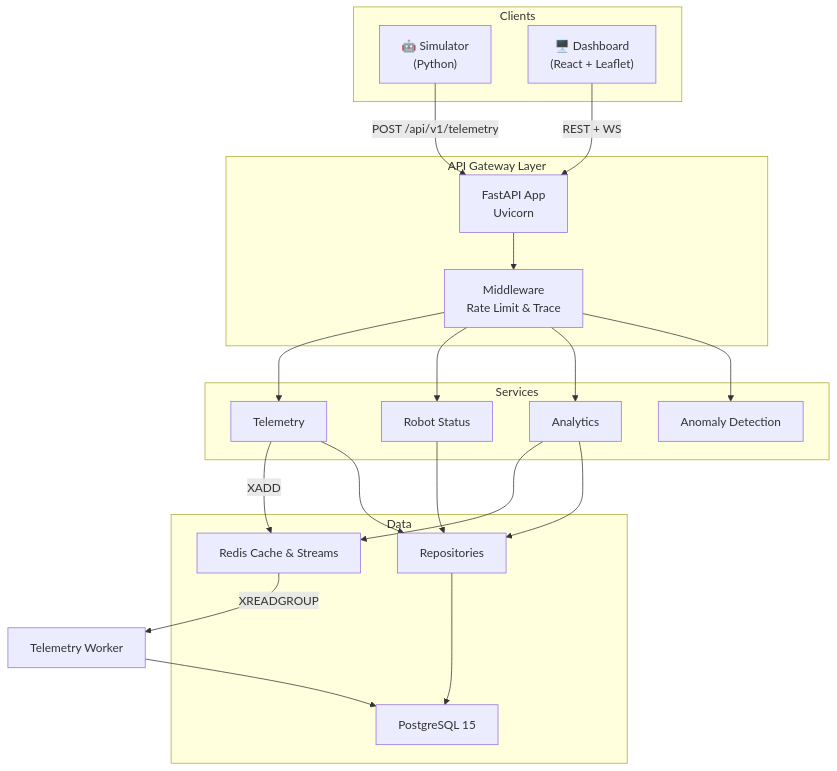
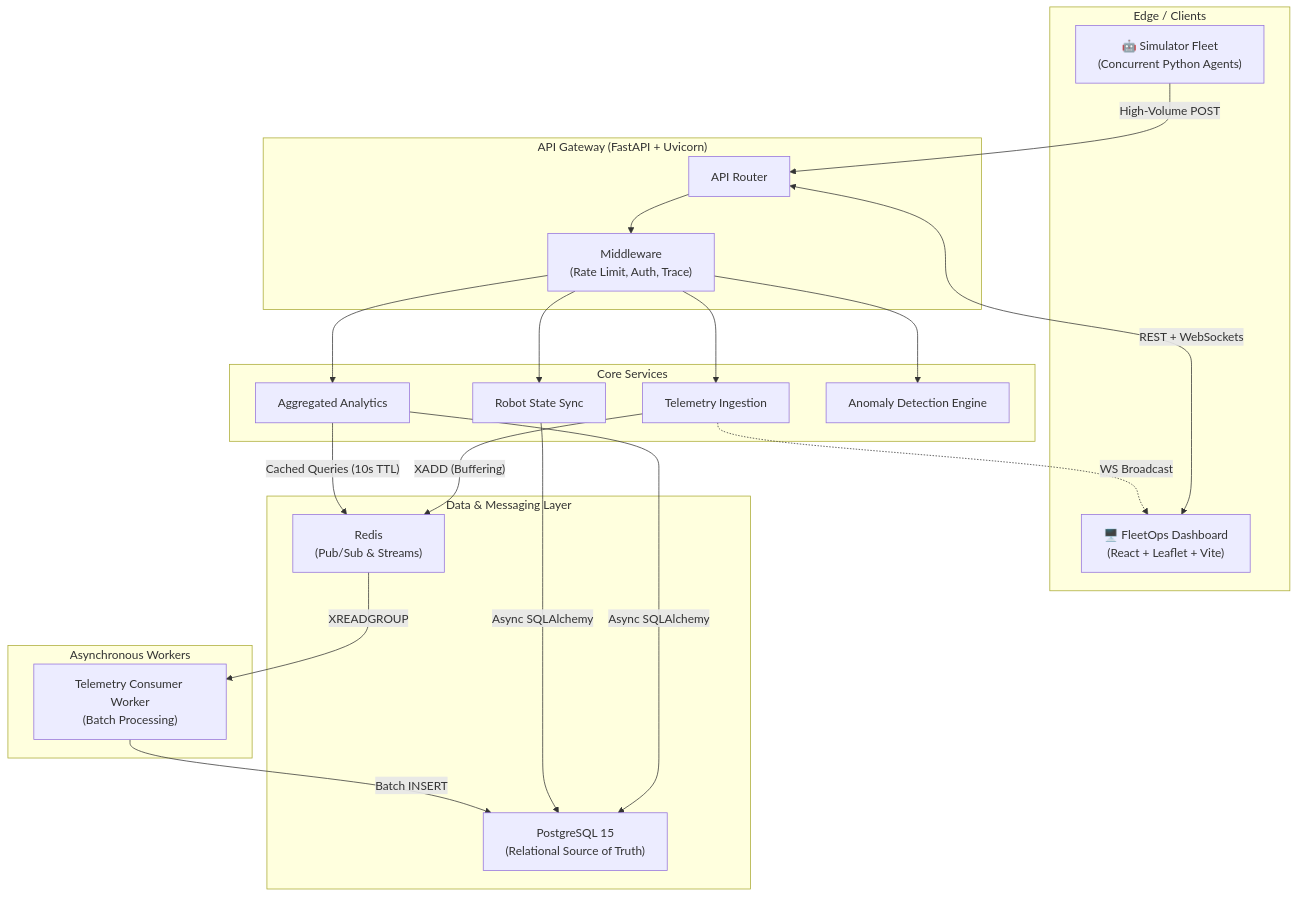
One commit to colin-110/robot-fleet-platform changed the diagram in README.md. Above: the diagram before and after it, drawn with Mermaid. The commit also changed other lines of this file and 3 other files, not shown here.

````diff
--- a/README.md
+++ b/README.md
@@ -25,34 +46,41 @@
 ```mermaid
 graph TB
-  subgraph "Clients"
-    SIM["🤖 Simulator<br>(Python)"]
-    DASH["🖥️ Dashboard<br>(React + Leaflet)"]
+  subgraph "Edge / Clients"
+    SIM["🤖 Simulator Fleet<br>(Concurrent Python Agents)"]
+    DASH["🖥️ FleetOps Dashboard<br>(React + Leaflet + Vite)"]
   end
 
-  subgraph "API Gateway Layer"
-    API["FastAPI App<br>Uvicorn"]
-    MW["Middleware<br>Rate Limit & Trace"]
+  subgraph "API Gateway (FastAPI + Uvicorn)"
+    API["API Router"]
+    MW["Middleware<br>(Rate Limit, Auth, Trace)"]
   end
 
-  subgraph "Services"
-    SVC_T["Telemetry"]
-    SVC_R["Robot Status"]
-    SVC_A["Analytics"]
-    SVC_ML["Anomaly Detection"]
+  subgraph "Core Services"
+    SVC_T["Telemetry Ingestion"]
+    SVC_R["Robot State Sync"]
+    SVC_A["Aggregated Analytics"]
+    SVC_ML["Anomaly Detection Engine"]
   end
 
-  subgraph "Data"
-    REPO["Repositories"]
-    CACHE["Redis Cache & Streams"]
-    DB["PostgreSQL 15"]
+  subgraph "Data & Messaging Layer"
+    CACHE["Redis<br>(Pub/Sub & Streams)"]
+    DB["PostgreSQL 15<br>(Relational Source of Truth)"]
+  end
+  
+  subgraph "Asynchronous Workers"
+    Worker["Telemetry Consumer Worker<br>(Batch Processing)"]
   end
 
-  SIM -->|"POST /api/v1/telemetry"| API
-  DASH -->|"REST + WS"| API
-  API --> MW --> SVC_T & SVC_R & SVC_A & SVC_ML
-  SVC_A --> CACHE
-  SVC_T -->|"XADD"| CACHE
-  CACHE -->|"XREADGROUP"| Worker["Telemetry Worker"]
-  Worker --> DB
-  SVC_T & SVC_R & SVC_A --> REPO --> DB
+  SIM -->|"High-Volume POST"| API
+  DASH <-->|"REST + WebSockets"| API
+  API --> MW
+  MW --> SVC_T & SVC_R & SVC_A & SVC_ML
+
+  SVC_A -->|"Cached Queries (10s TTL)"| CACHE
+  SVC_T -->|"XADD (Buffering)"| CACHE
+  SVC_T -.->|"WS Broadcast"| DASH
+  
+  CACHE -->|"XREADGROUP"| Worker
+  Worker -->|"Batch INSERT"| DB
+  SVC_R & SVC_A -->|"Async SQLAlchemy"| DB
 ```
````
